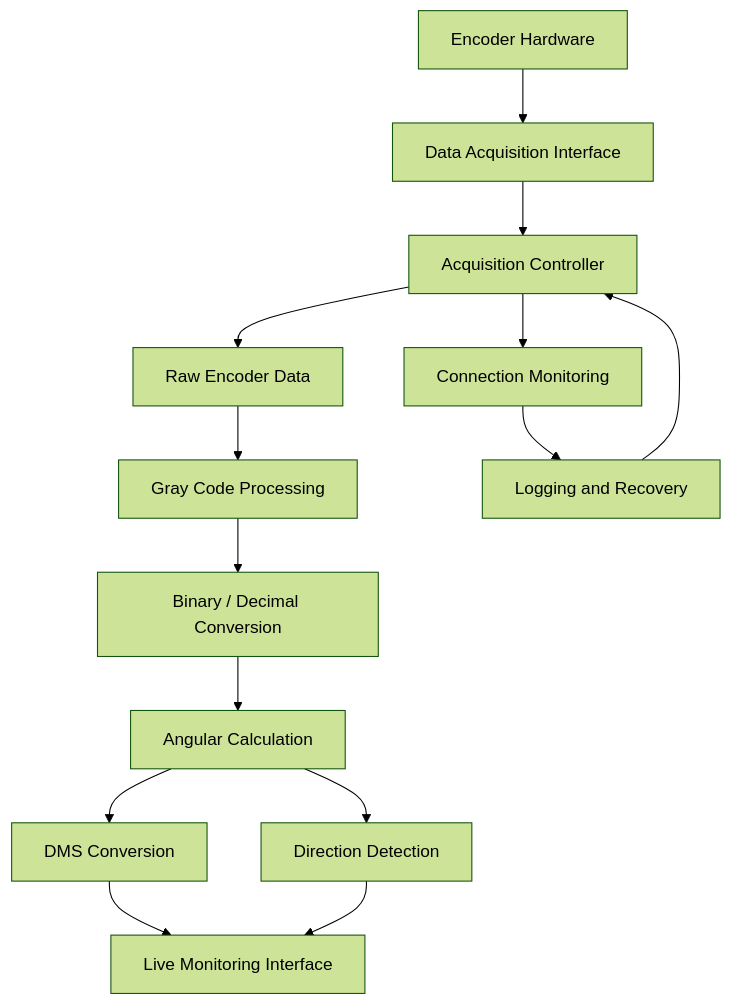
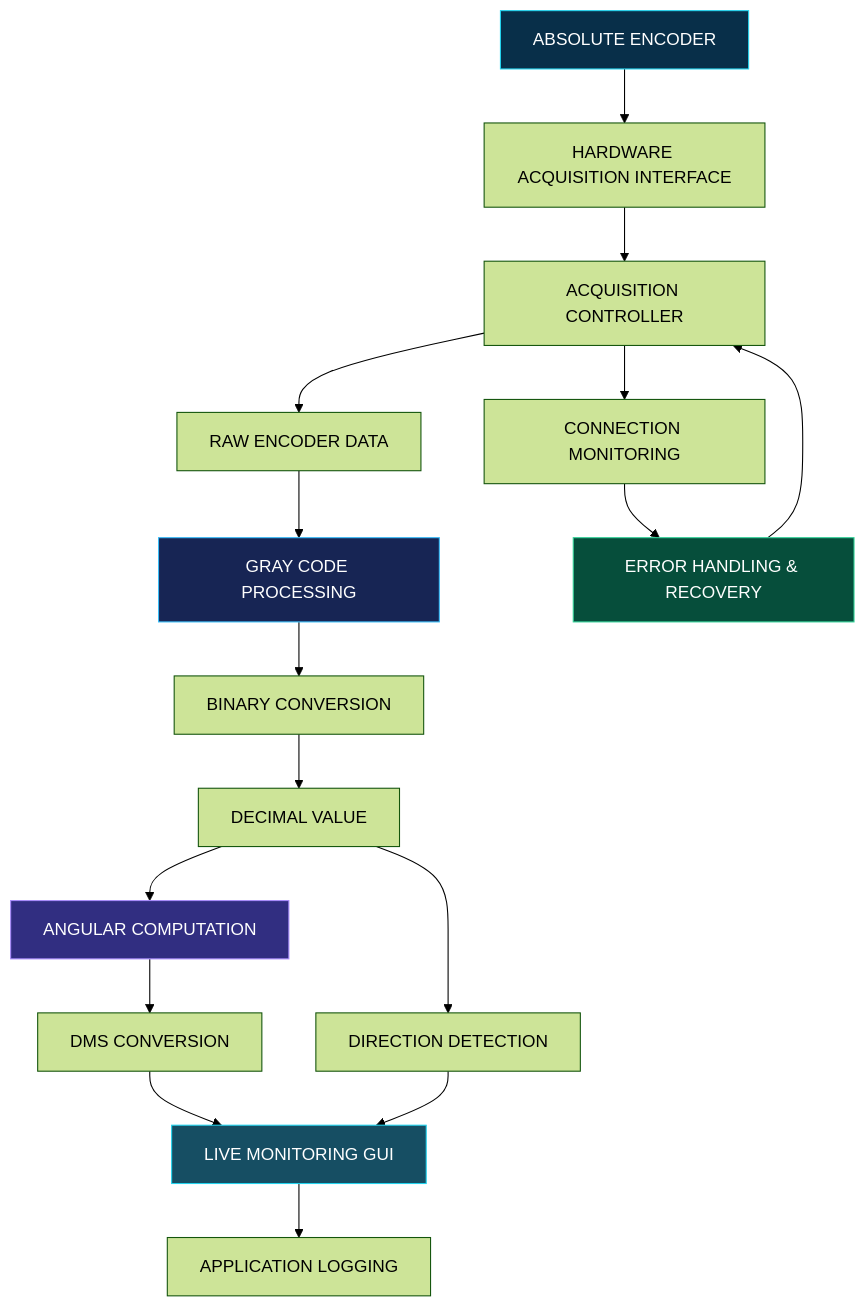
Before and after one commit to SamPunithaRajD/17-Bit-Encoder-DAQ-System: the diagram in README.md, drawn with Mermaid (forest theme). The commit also changed other lines of this file, not shown here.

````diff
--- a/README.md
+++ b/README.md
@@ -47,16 +115,24 @@
 ```mermaid
 flowchart TD
-    A["Encoder Hardware"] --> B["Data Acquisition Interface"]
-    B --> C["Acquisition Controller"]
-    C --> D["Raw Encoder Data"]
-    D --> E["Gray Code Processing"]
-    E --> F["Binary / Decimal Conversion"]
-    F --> G["Angular Calculation"]
-    G --> H["DMS Conversion"]
-    G --> I["Direction Detection"]
-    H --> J["Live Monitoring Interface"]
-    I --> J
-    C --> K["Connection Monitoring"]
-    K --> L["Logging and Recovery"]
-    L --> C
+    A["ABSOLUTE ENCODER"] --> B["HARDWARE ACQUISITION INTERFACE"]
+    B --> C["ACQUISITION CONTROLLER"]
+    C --> D["RAW ENCODER DATA"]
+    D --> E["GRAY CODE PROCESSING"]
+    E --> F["BINARY CONVERSION"]
+    F --> G["DECIMAL VALUE"]
+    G --> H["ANGULAR COMPUTATION"]
+    H --> I["DMS CONVERSION"]
+    G --> J["DIRECTION DETECTION"]
+    I --> K["LIVE MONITORING GUI"]
+    J --> K
+    C --> L["CONNECTION MONITORING"]
+    L --> M["ERROR HANDLING & RECOVERY"]
+    M --> C
+    K --> N["APPLICATION LOGGING"]
+
+    style A fill:#082F49,stroke:#22D3EE,color:#FFFFFF
+    style E fill:#172554,stroke:#38BDF8,color:#FFFFFF
+    style H fill:#312E81,stroke:#A78BFA,color:#FFFFFF
+    style K fill:#164E63,stroke:#22D3EE,color:#FFFFFF
+    style M fill:#064E3B,stroke:#34D399,color:#FFFFFF
 ```
````
